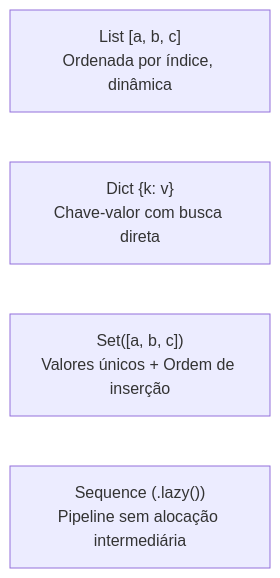
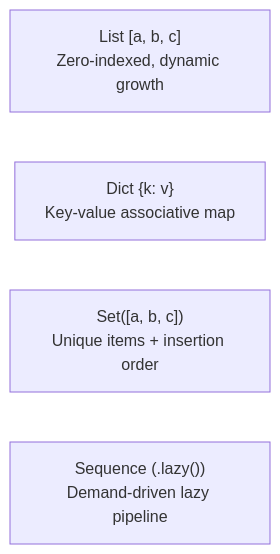
Before and after one commit to poppy-team/poppy.lat: the diagram in site/en/aipo/docs/guides/manual/stdlib.md, drawn with Mermaid. The commit also changed other lines of this file and 235 other files, not shown here.

````diff
--- a/site/en/aipo/docs/guides/manual/stdlib.md
+++ b/site/en/aipo/docs/guides/manual/stdlib.md
@@ -190,7 +190,7 @@
 ```mermaid
 graph LR
-    List["List [a, b, c]<br>Ordenada por índice, dinâmica"]
-    Dict["Dict {k: v}<br>Chave-valor com busca direta"]
-    Set["Set([a, b, c])<br>Valores únicos + Ordem de inserção"]
-    Sequence["Sequence (.lazy())<br>Pipeline sem alocação intermediária"]
+    List["List [a, b, c]<br>Zero-indexed, dynamic growth"]
+    Dict["Dict {k: v}<br>Key-value associative map"]
+    Set["Set([a, b, c])<br>Unique items + insertion order"]
+    Sequence["Sequence (.lazy())<br>Demand-driven lazy pipeline"]
 ```
````
